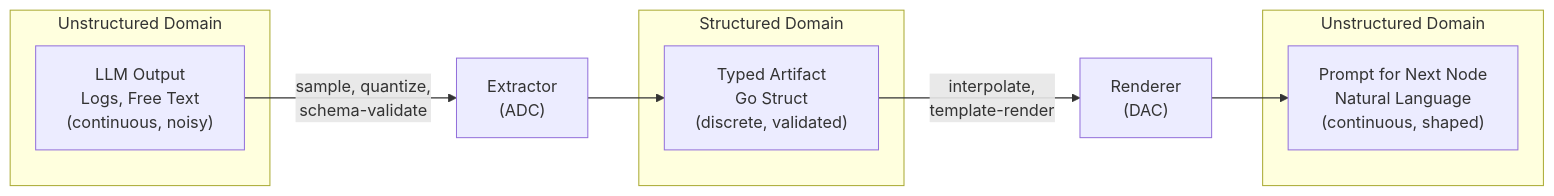
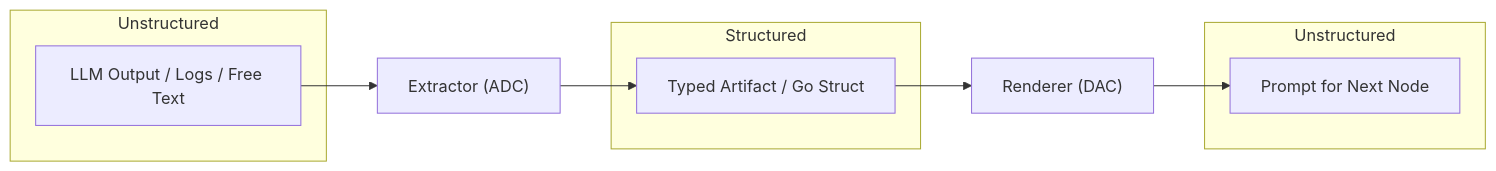
One commit to dpopsuev/origami changed the first of 12 diagrams in .cursor/docs/case-studies/electronic-circuit-theory.md. Above: the diagram before and after it, drawn with Mermaid. The commit also changed other lines of this file, not shown here.

First line of the commit message:
fix(case-studies): clean up mermaid diagram labels and spacing

````diff
--- a/.cursor/docs/case-studies/electronic-circuit-theory.md
+++ b/.cursor/docs/case-studies/electronic-circuit-theory.md
@@ -60,20 +60,20 @@
 ```mermaid
 flowchart LR
-    subgraph unstructuredIn ["Unstructured Domain"]
-        raw["LLM Output\nLogs, Free Text\n(continuous, noisy)"]
+    subgraph unstructuredIn ["Unstructured"]
+        raw["LLM Output / Logs / Free Text"]
     end
 
-    raw -->|"sample, quantize,\nschema-validate"| ADC["Extractor\n(ADC)"]
+    raw --> ADC["Extractor (ADC)"]
     ADC --> structured
 
-    subgraph structuredDomain ["Structured Domain"]
-        structured["Typed Artifact\nGo Struct\n(discrete, validated)"]
+    subgraph structuredDomain ["Structured"]
+        structured["Typed Artifact / Go Struct"]
     end
 
-    structured -->|"interpolate,\ntemplate-render"| DAC["Renderer\n(DAC)"]
+    structured --> DAC["Renderer (DAC)"]
     DAC --> prompt
 
-    subgraph unstructuredOut ["Unstructured Domain"]
-        prompt["Prompt for Next Node\nNatural Language\n(continuous, shaped)"]
+    subgraph unstructuredOut ["Unstructured"]
+        prompt["Prompt for Next Node"]
     end
 ```
````
